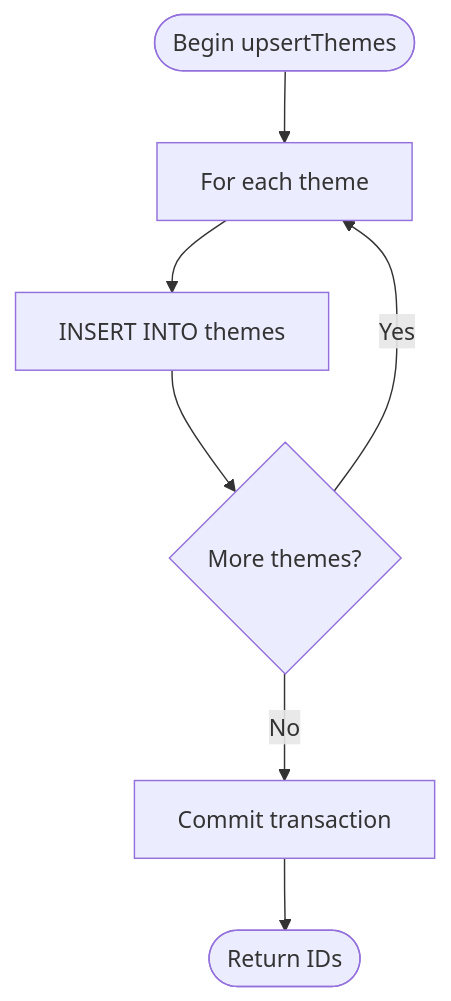
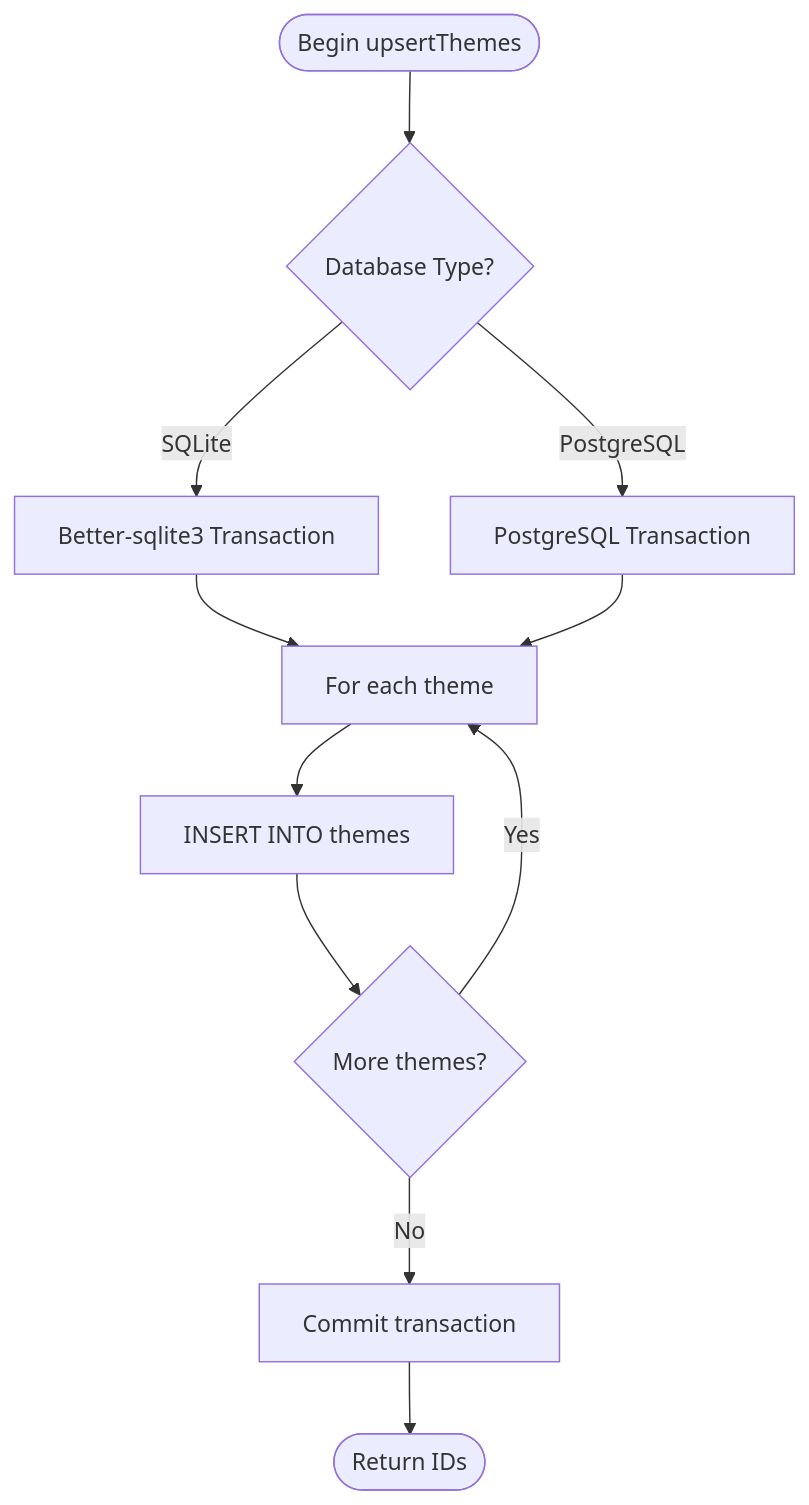
Before and after one commit to aravinthraj-ramalingam/Groww-App-Review-Insights-Analyzer-: the fifth of 8 diagrams in .qoder/repowiki/en/content/Phase 1_ Review Scraper/Database Layer.md, drawn with Mermaid. The commit also changed other lines of this file and 7 other files, not shown here.

````diff
--- a/.qoder/repowiki/en/content/Phase 1_ Review Scraper/Database Layer.md
+++ b/.qoder/repowiki/en/content/Phase 1_ Review Scraper/Database Layer.md
@@ -292,9 +362,13 @@
 ```mermaid
 flowchart TD
-Start(["Begin upsertThemes"]) --> Loop["For each theme"]
+Start(["Begin upsertThemes"]) --> CheckDB{"Database Type?"}
+CheckDB --> |SQLite| SQLiteTx["Better-sqlite3 Transaction"]
+CheckDB --> |PostgreSQL| PgTx["PostgreSQL Transaction"]
+SQLiteTx --> Loop["For each theme"]
+PgTx --> Loop
 Loop --> Insert["INSERT INTO themes"]
 Insert --> Next{"More themes?"}
 Next --> |Yes| Loop
 Next --> |No| Commit["Commit transaction"]
 Commit --> End(["Return IDs"])
 ```
````
